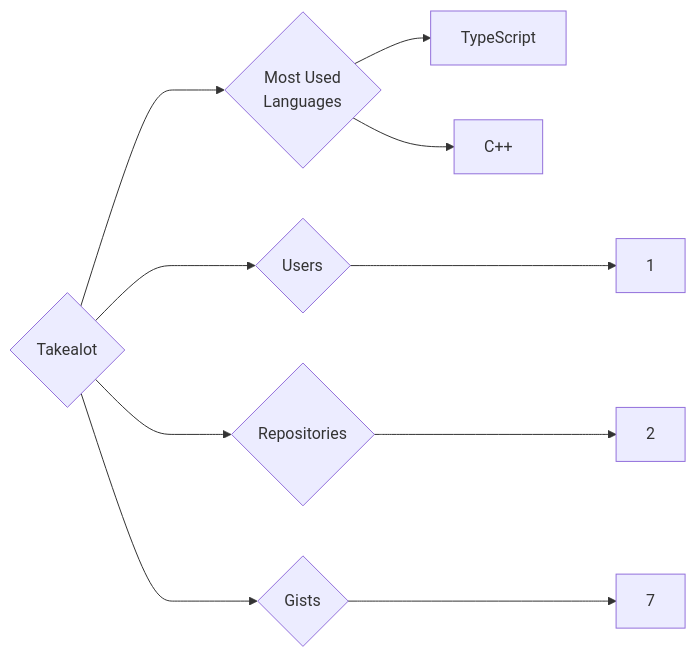
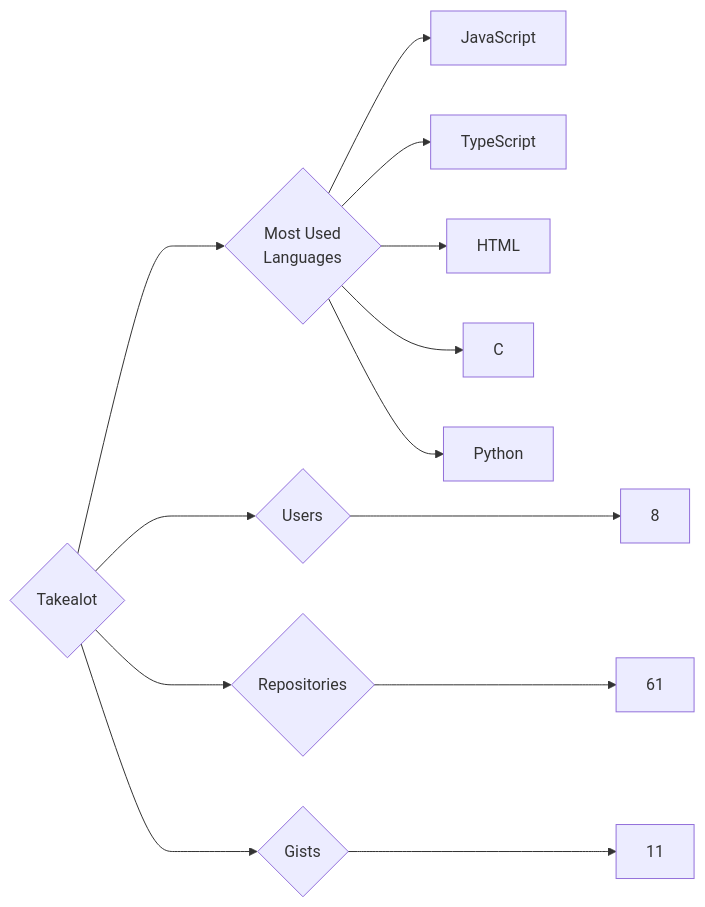
The diagram in targets/Takealot/README.md (trickest/insiders), drawn with Mermaid before and after one commit. The commit also changed 695 other files, not shown here.

````diff
--- a/targets/Takealot/README.md
+++ b/targets/Takealot/README.md
@@ -3,10 +3,13 @@
 ```mermaid
 graph LR
 COMPANY_NAME{Takealot}
-COMPANY_NAME ---> U{Users} ---> UN[1]
-COMPANY_NAME ---> R{Repositories} ---> RN[2]
-COMPANY_NAME ---> G{Gists} ---> GN[7]
+COMPANY_NAME ---> U{Users} ---> UN[8]
+COMPANY_NAME ---> R{Repositories} ---> RN[61]
+COMPANY_NAME ---> G{Gists} ---> GN[11]
 COMPANY_NAME ---> ML{Most Used<br>Languages}
+ML --> JavaScript[JavaScript]
 ML --> TypeScript[TypeScript]
-ML --> C++[C++]
+ML --> HTML[HTML]
+ML --> C[C]
+ML --> Python[Python]
 ```
````
